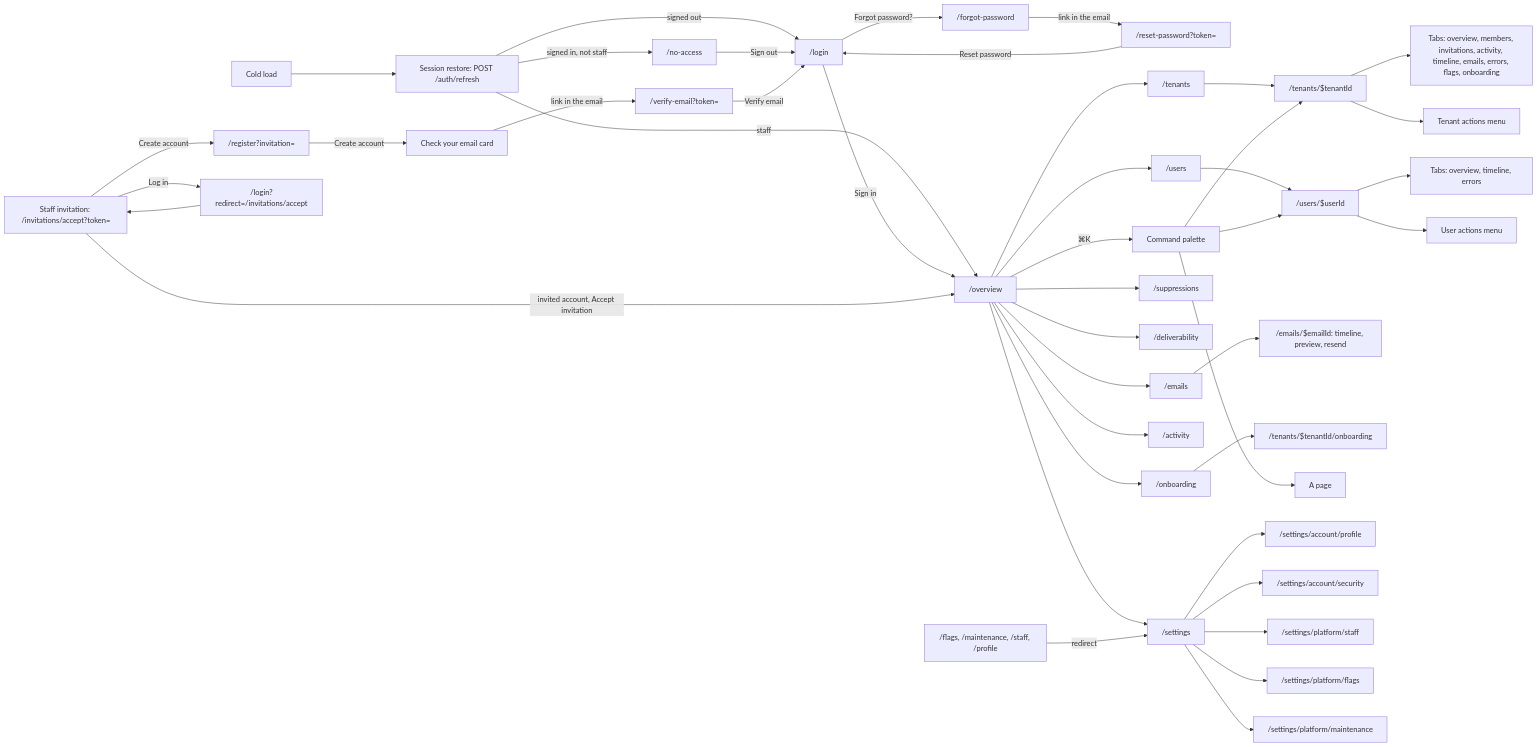
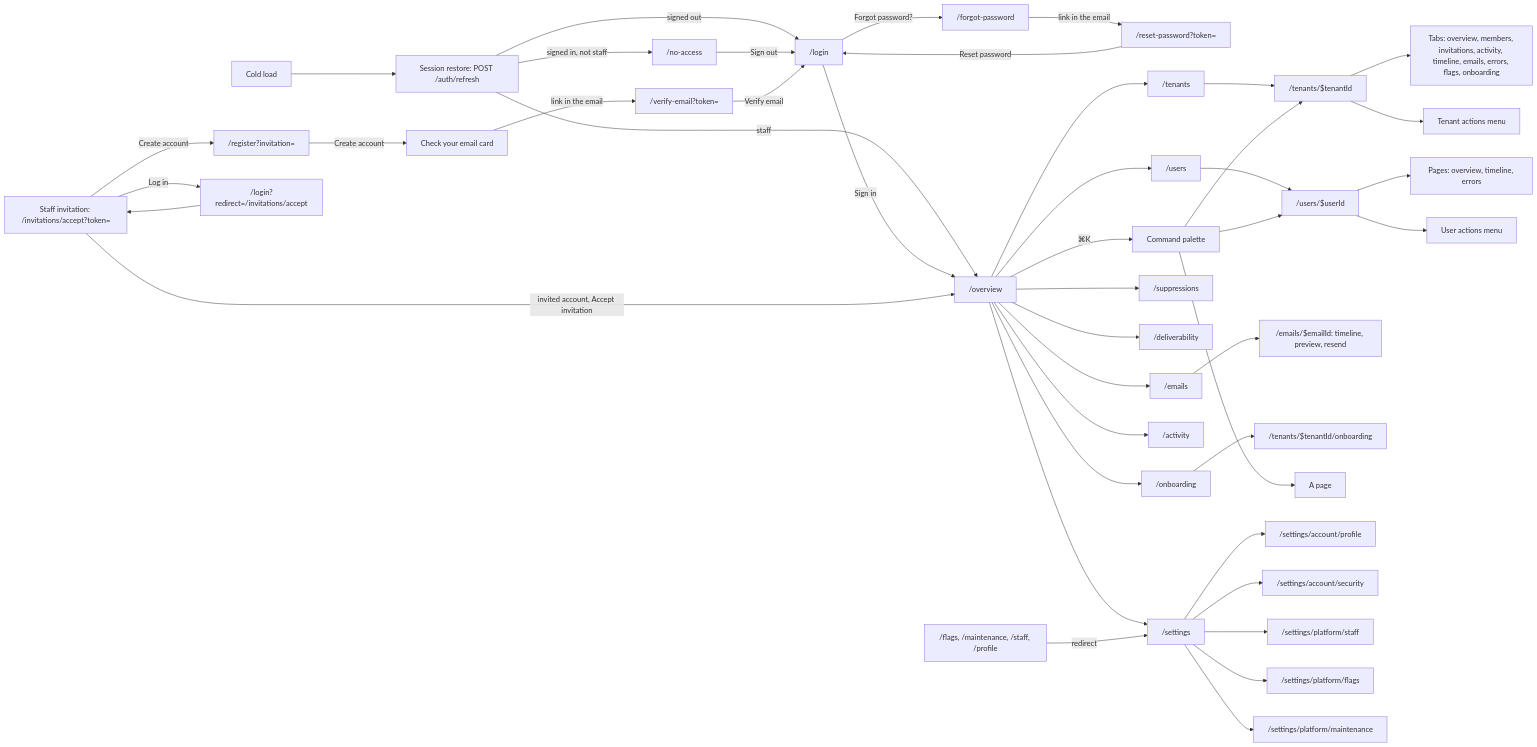
The diagram in docs/pages/README.md (mahaverick/apex-boilerplate), drawn with Mermaid before and after one commit.

Commit message:
docs(pages): call a user's timeline and errors pages, not tabs, in the journeys
Claude-Session: https://claude.ai/code/session_01HXJr12YgMw3djDDLJsW81J

````diff
--- a/docs/pages/README.md
+++ b/docs/pages/README.md
@@ -81,53 +81,53 @@
 ```mermaid
 flowchart LR
   cold["Cold load"] --> restore["Session restore: POST /auth/refresh"]
   restore -->|signed out| login["/login"]
   restore -->|signed in, not staff| noAccess["/no-access"]
   restore -->|staff| overview["/overview"]
   login -->|Sign in| overview
   noAccess -->|Sign out| login
 
   invite["Staff invitation: /invitations/accept?token="] -->|Create account| register["/register?invitation="]
   register -->|Create account| check["Check your email card"]
   check -->|link in the email| verify["/verify-email?token="]
   verify -->|Verify email| login
   invite -->|Log in| loginBack["/login?redirect=/invitations/accept"]
   loginBack --> invite
   invite -->|invited account, Accept invitation| overview
 
   login -->|Forgot password?| forgot["/forgot-password"]
   forgot -->|link in the email| reset["/reset-password?token="]
   reset -->|Reset password| login
 
   overview --> tenants["/tenants"]
   tenants --> tenant["/tenants/$tenantId"]
   tenant --> tenantTabs["Tabs: overview, members, invitations, activity, timeline, emails, errors, flags, onboarding"]
   tenant --> tenantActions["Tenant actions menu"]
 
   overview --> users["/users"]
   users --> user["/users/$userId"]
-  user --> userTabs["Tabs: overview, timeline, errors"]
+  user --> userTabs["Pages: overview, timeline, errors"]
   user --> userActions["User actions menu"]
 
   overview --> emails["/emails"]
   emails --> email["/emails/$emailId: timeline, preview, resend"]
   overview --> suppressions["/suppressions"]
   overview --> deliverability["/deliverability"]
   overview --> onboarding["/onboarding"]
   onboarding --> tenantOnboarding["/tenants/$tenantId/onboarding"]
   overview --> activity["/activity"]
 
   overview -->|⌘K| palette["Command palette"]
   palette --> page["A page"]
   palette --> tenant
   palette --> user
 
   overview --> settings["/settings"]
   settings --> profile["/settings/account/profile"]
   settings --> security["/settings/account/security"]
   settings --> staff["/settings/platform/staff"]
   settings --> flags["/settings/platform/flags"]
   settings --> maintenance["/settings/platform/maintenance"]
 
   legacy["/flags, /maintenance, /staff, /profile"] -->|redirect| settings
 ```
````
